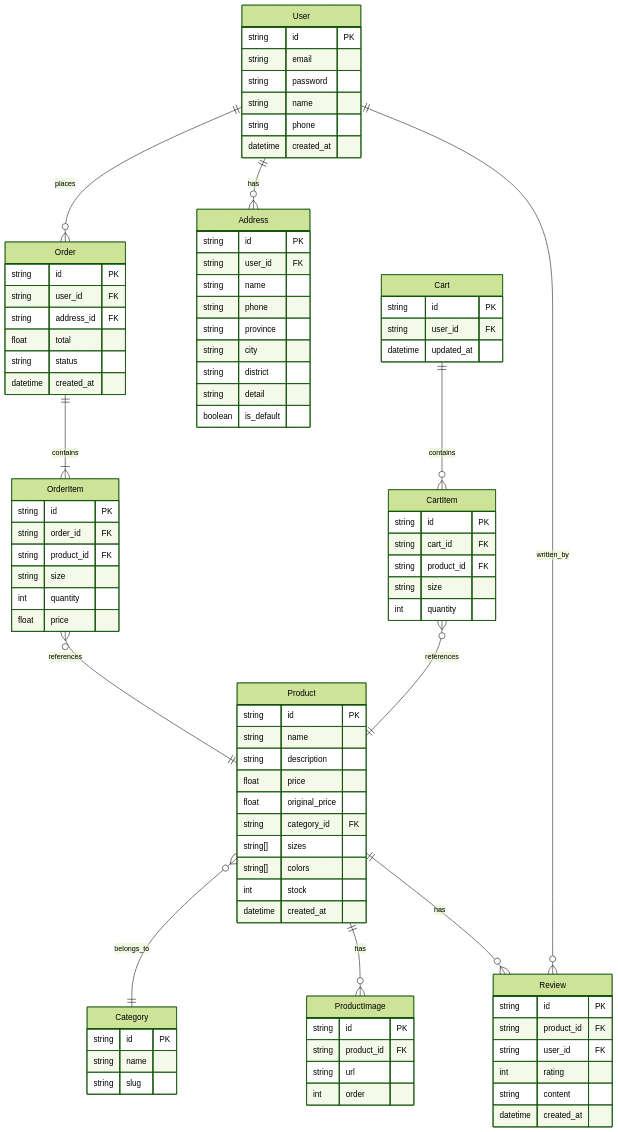
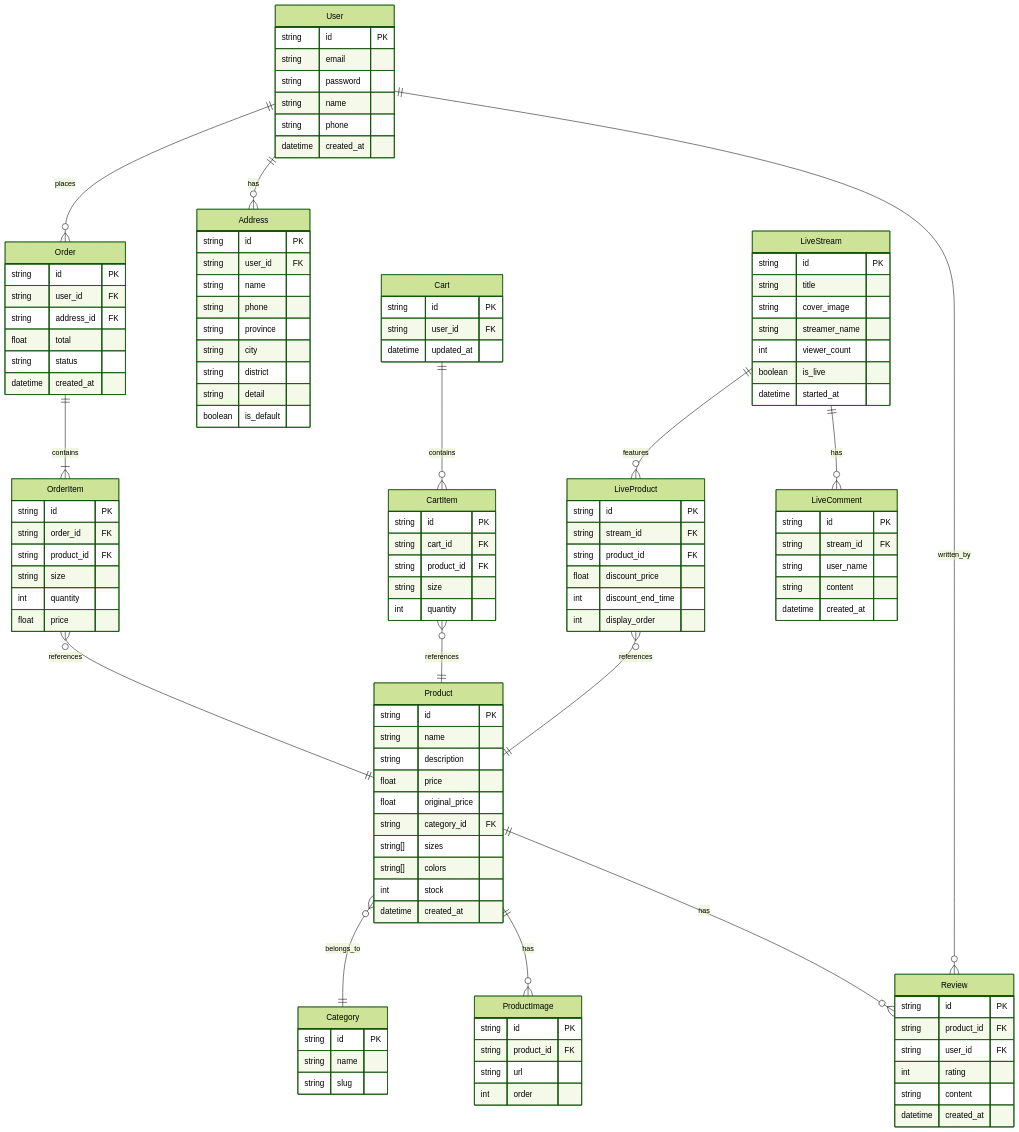
Before and after one commit to wjt-release/demo_1: the second of 2 diagrams in .trae/documents/tech-architecture.md, drawn with Mermaid (forest theme). The commit also changed other lines of this file and 10 other files, not shown here.

````diff
--- a/.trae/documents/tech-architecture.md
+++ b/.trae/documents/tech-architecture.md
@@ -69,6 +71,9 @@
     Review }o--|| User : written_by
     Cart ||--o{ CartItem : contains
     CartItem }o--|| Product : references
+    LiveStream ||--o{ LiveProduct : features
+    LiveProduct }o--|| Product : references
+    LiveStream ||--o{ LiveComment : has
 
     User {
         string id PK
@@ -157,4 +162,31 @@
         string size
         int quantity
     }
+    
+    LiveStream {
+        string id PK
+        string title
+        string cover_image
+        string streamer_name
+        int viewer_count
+        boolean is_live
+        datetime started_at
+    }
+    
+    LiveProduct {
+        string id PK
+        string stream_id FK
+        string product_id FK
+        float discount_price
+        int discount_end_time
+        int display_order
+    }
+    
+    LiveComment {
+        string id PK
+        string stream_id FK
+        string user_name
+        string content
+        datetime created_at
+    }
 ```
````
